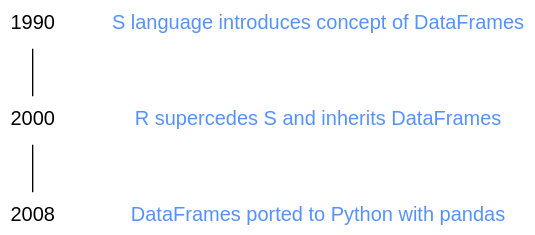
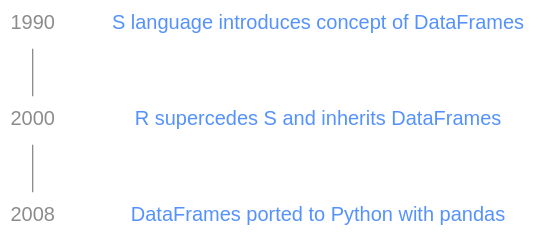
Before and after one commit to WestDRI/arc-training: the diagram in python/polars_dataframes.qmd, drawn with Graphviz. The commit also changed 3 other files, not shown here.

````diff
--- a/python/polars_dataframes.qmd
+++ b/python/polars_dataframes.qmd
@@ -27,25 +27,26 @@
 ```{dot}
 //| echo: false
 //| fig-height: 250px
 
 strict graph {
 
 bgcolor="transparent"
 graph [fontname="Inconsolata, sans-serif"]
-node [fontname="Inconsolata, sans-serif", fontsize=15]
+node [fontname="Inconsolata, sans-serif", fontsize=15, fontcolor="#8c8c8c"]
+edge [color="#8c8c8c"]
 
 y1 [label=1990, shape=plaintext, group=g1, group=g1]
 y2 [label=2000, shape=plaintext, group=g1, group=g1]
 y3 [label=2008, shape=plaintext, group=g1]
 
 l1 [label="S language introduces concept of DataFrames", href="https://en.wikipedia.org/wiki/S_(programming_language)", shape=plaintext, group=g2, fontcolor="#5592FD"]
 l2 [label="R supercedes S and inherits DataFrames", href="https://en.wikipedia.org/wiki/R_(programming_language)", shape=plaintext, group=g2, fontcolor="#5592FD"]
 l3 [label="DataFrames ported to Python with pandas", href="https://en.wikipedia.org/wiki/pandas_(software)", shape=plaintext, group=g2, fontcolor="#5592FD"]
 
 {rank=same; y1 l1}
 
 y1 -- y2 -- y3
 l1 -- l2 -- l3 [style=invis]
 
 }
 ```
````
